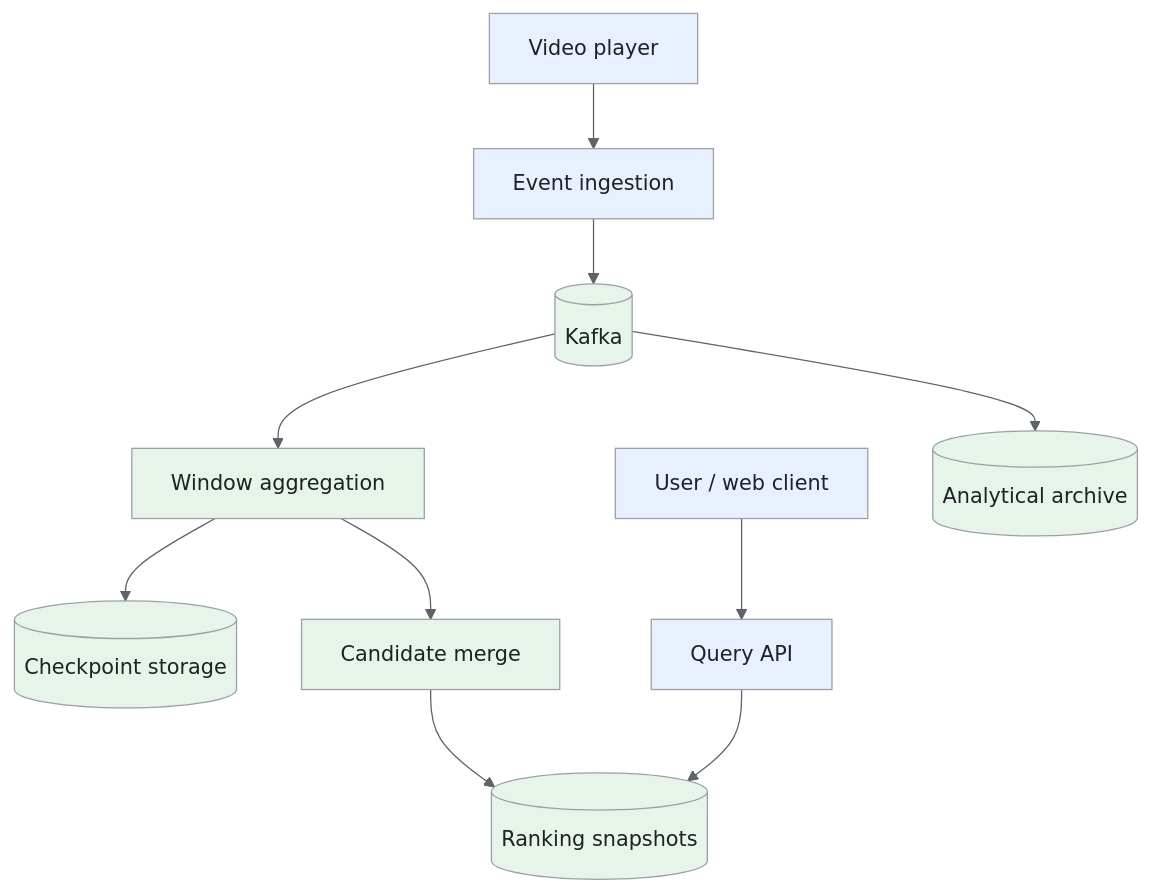
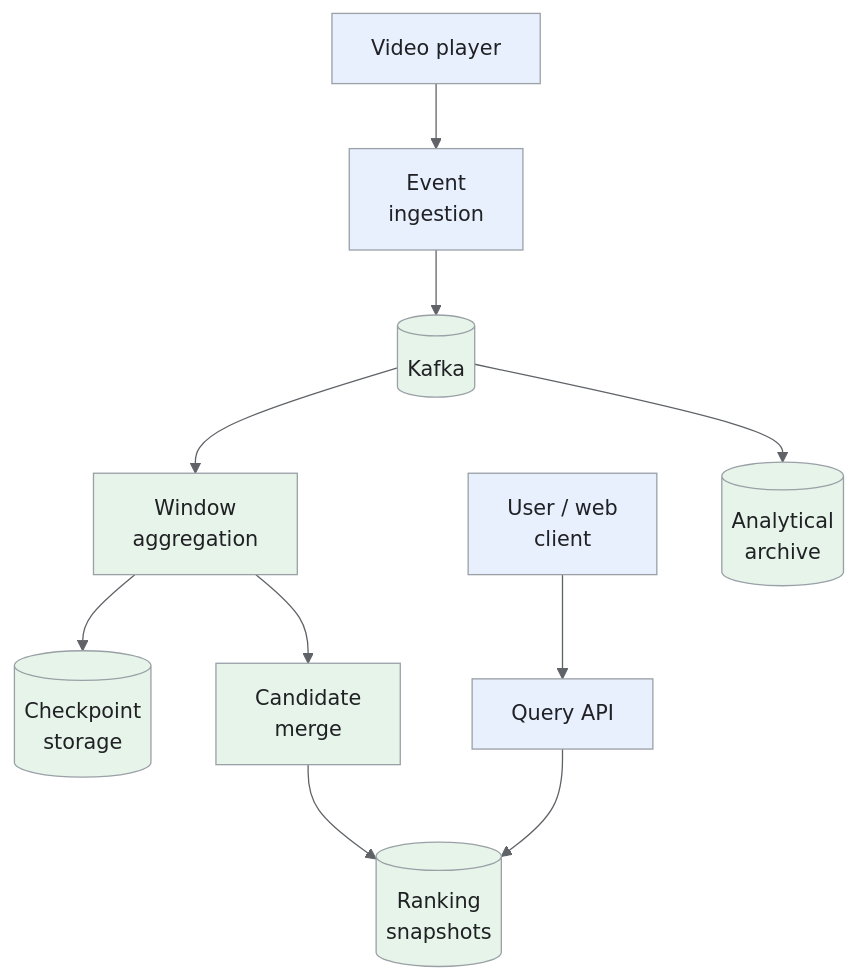
Before and after one commit to iliazlobin/iliazlobin.github.io: the first of 5 diagrams in _designs/system-design-top-k.md, drawn with Mermaid. The commit also changed other lines of this file and 116 other files, not shown here.

````diff
--- a/_designs/system-design-top-k.md
+++ b/_designs/system-design-top-k.md
@@ -136,19 +137,19 @@
 ```mermaid
-%%{init: {'theme':'base','themeVariables':{'primaryColor':'#e8f0fe','primaryTextColor':'#202124','primaryBorderColor':'#9aa0a6','lineColor':'#5f6368','secondaryColor':'#e6f4ea','tertiaryColor':'#fef7e0','actorBkg':'#e8f0fe','actorBorder':'#9aa0a6','actorTextColor':'#202124','noteBkgColor':'#fef7e0','noteTextColor':'#202124','noteBorderColor':'#9aa0a6','signalColor':'#5f6368','signalTextColor':'#202124','labelBoxBkgColor':'#fef7e0','labelBoxBorderColor':'#9aa0a6'}}}%%
+%%{init: {"theme":"base","themeVariables":{"primaryColor":"#e8f0fe","primaryBorderColor":"#9aa0a6","primaryTextColor":"#202124","secondaryColor":"#e6f4ea","tertiaryColor":"#fef7e0","lineColor":"#5f6368","actorBkg":"#e8f0fe","actorBorder":"#9aa0a6","actorTextColor":"#202124","noteBkgColor":"#fef7e0","noteBorderColor":"#9aa0a6","noteTextColor":"#202124","signalColor":"#5f6368","signalTextColor":"#202124"}}}%%
 flowchart TB
-  P["Video player"] --> I["Event ingestion"]
+  P["Video player"] --> I["Event<br>ingestion"]
   I --> K[("Kafka")]
-  K --> A["Window aggregation"]
-  A --> S[("Checkpoint storage")]
-  A --> M["Candidate merge"]
-  M --> R[("Ranking snapshots")]
-  U["User / web client"] --> Q["Query API"]
+  K --> A["Window<br>aggregation"]
+  A --> S[("Checkpoint<br>storage")]
+  A --> M["Candidate<br>merge"]
+  M --> R[("Ranking<br>snapshots")]
+  U["User / web<br>client"] --> Q["Query API"]
   Q --> R
-  K --> O[("Analytical archive")]
+  K --> O[("Analytical<br>archive")]
 classDef request fill:#e8f0fe,stroke:#9aa0a6,color:#202124;
 classDef data fill:#e6f4ea,stroke:#9aa0a6,color:#202124;
 classDef control fill:#fef7e0,stroke:#9aa0a6,color:#202124;
 class P,I,U,Q request;
 class K,A,S,M,R,O data;
 
 ```
````
